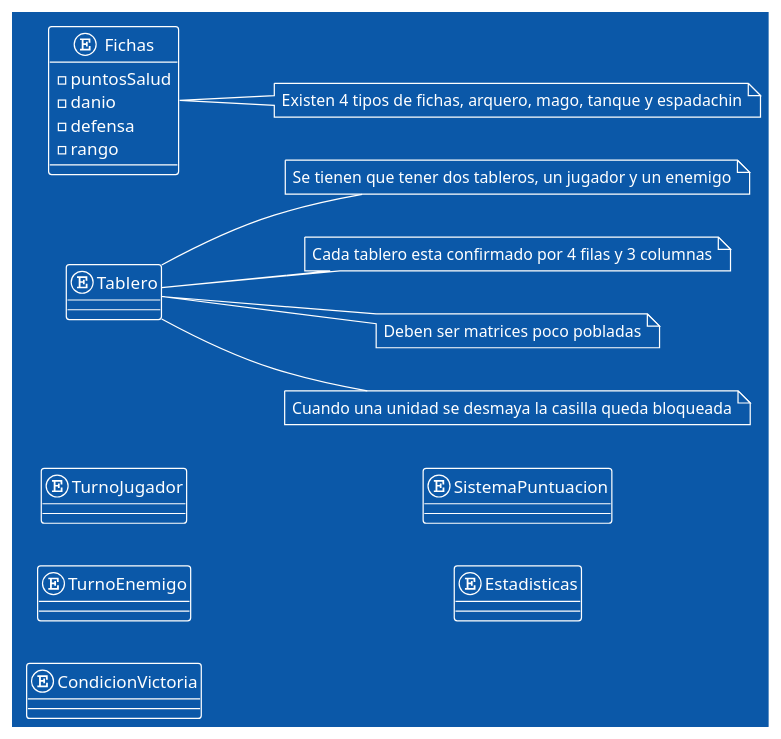
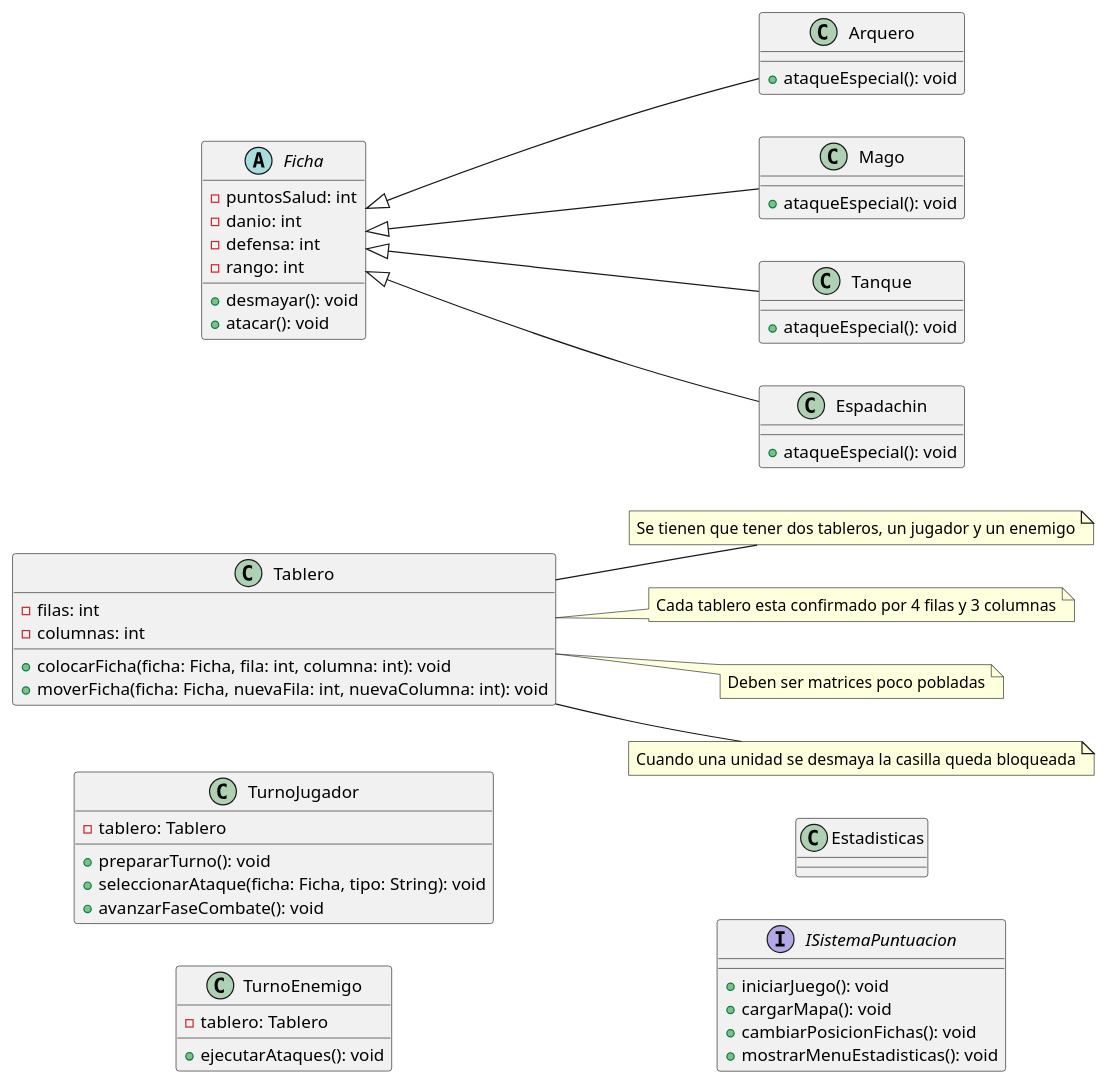
One commit to FelipeRojoC/CLION_Taller1_FelipeRojo changed the diagram in DiagramaDeClases.puml. Above: the diagram before and after it, drawn with PlantUML. The commit also changed 1 other file, not shown here.

Commit message:
Avance diagrama de clases

```diff
--- a/DiagramaDeClases.puml
+++ b/DiagramaDeClases.puml
@@ -1,45 +1,81 @@
 @startuml
 
 left to right direction
-!theme amiga
 
-entity Tablero{
+class Tablero{
+    - filas: int
+    - columnas: int
+    + colocarFicha(ficha: Ficha, fila: int, columna: int): void
+    + moverFicha(ficha: Ficha, nuevaFila: int, nuevaColumna: int): void
 }
 
-entity Fichas{
-    - puntosSalud
-    - danio
-    - defensa
-    - rango
+abstract Ficha{
+    - puntosSalud: int
+    - danio: int
+    - defensa: int
+    - rango: int
+    + desmayar(): void
+    + atacar(): void
 }
 
-entity TurnoJugador{
+class Arquero{
+    +ataqueEspecial(): void
 }
 
-entity TurnoEnemigo{
+class Mago{
+    +ataqueEspecial(): void
 }
 
-entity CondicionVictoria{
+class Tanque{
+    +ataqueEspecial(): void
 }
 
-entity SistemaPuntuacion{
+class Espadachin{
+    +ataqueEspecial(): void
 }
 
-entity Estadisticas{
+class TurnoJugador{
+    - tablero: Tablero
+    + prepararTurno(): void
+    + seleccionarAtaque(ficha: Ficha, tipo: String): void
+    + avanzarFaseCombate(): void
+}
+
+class TurnoEnemigo{
+    - tablero: Tablero
+    + ejecutarAtaques(): void
+}
+
+
+class Estadisticas{
+
+
+}
+
+interface ISistemaPuntuacion{
+    + iniciarJuego(): void
+    + cargarMapa(): void
+    + cambiarPosicionFichas(): void
+    + mostrarMenuEstadisticas(): void
 }
 
 'Notas
 note "Se tienen que tener dos tableros, un jugador y un enemigo" as N1
 note "Cada tablero esta confirmado por 4 filas y 3 columnas" as N2
 note "Deben ser matrices poco pobladas" as N3
 note "Cuando una unidad se desmaya la casilla queda bloqueada" as N4
-note "Existen 4 tipos de fichas, arquero, mago, tanque y espadachin" as N5
 
-'Relaciones
+'Relaciones de notas
 Tablero -- N1
 Tablero -- N2
 Tablero -- N3
 Tablero -- N4
-Fichas -- N5
+
+'Relaciones
+Ficha <|-- Arquero
+Ficha <|-- Mago
+Ficha <|-- Tanque
+Ficha <|-- Espadachin
+
 
 @enduml
```
